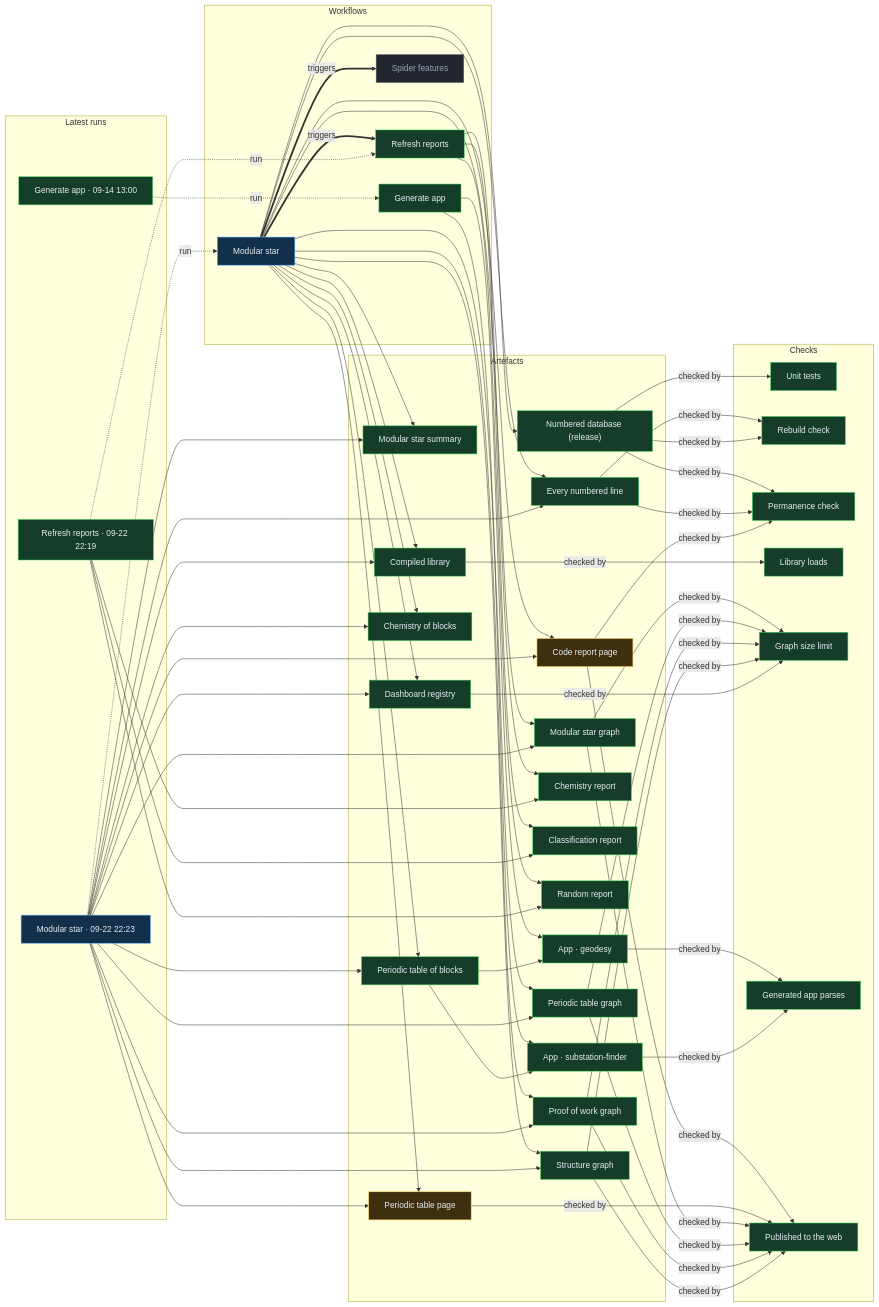
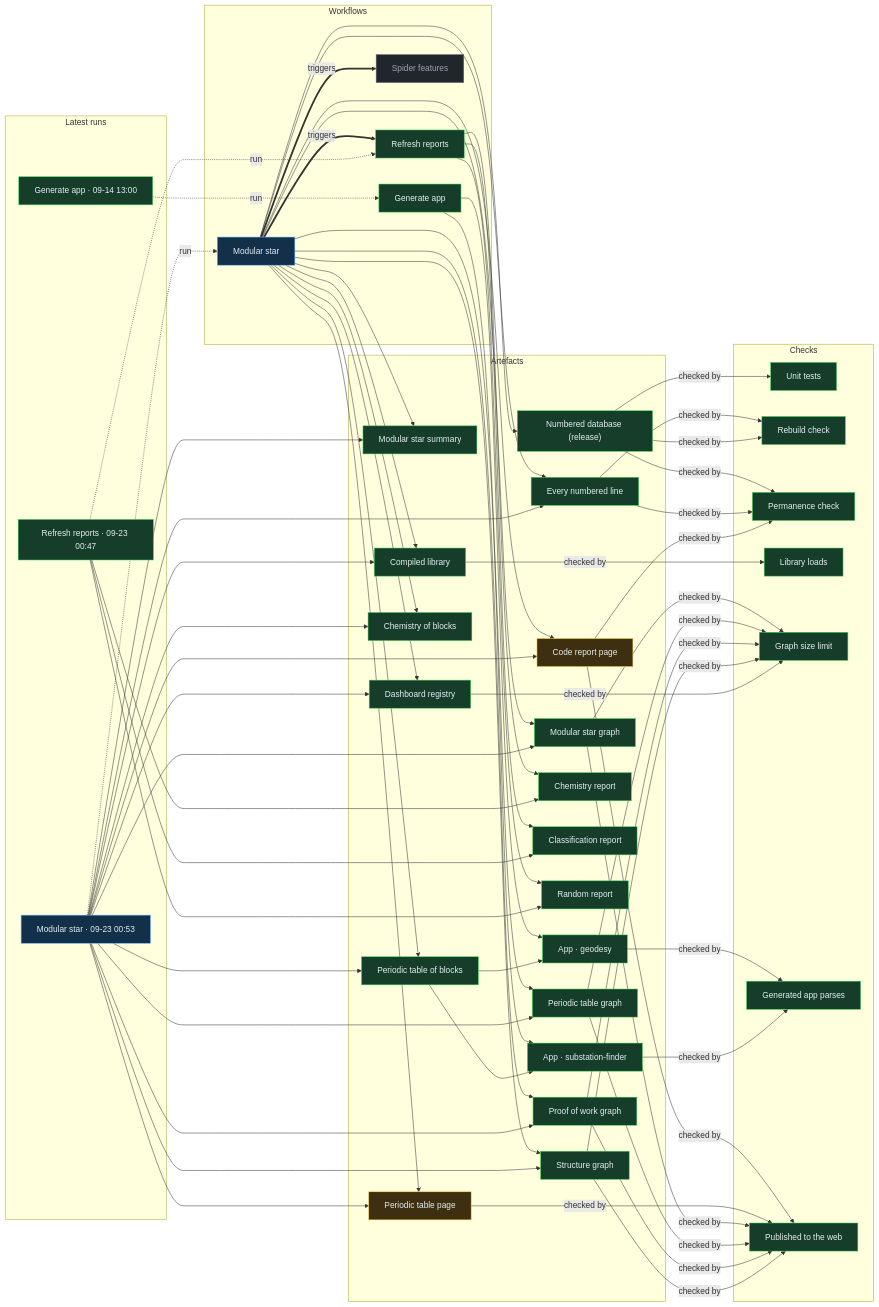
Before and after one commit to Ventusltd/stars: the diagram in proof/PROOF.md, drawn with Mermaid. The commit also changed other lines of this file and 32 other files, not shown here.

Commit message:
Modular star 2026-09-23T00:56Z

```diff
--- a/proof/PROOF.md
+++ b/proof/PROOF.md
@@ -24,8 +24,8 @@
   n_wf_spider_features["Spider features"]:::off
   end
   subgraph g_runs["Latest runs"]
-  n_run_35792142480["Modular star · 09-22 22:23"]:::live
-  n_run_35791770306["Refresh reports · 09-22 22:19"]:::ok
+  n_run_35804022346["Modular star · 09-23 00:53"]:::live
+  n_run_35803568972["Refresh reports · 09-23 00:47"]:::ok
   n_run_34846587798["Generate app · 09-14 13:00"]:::ok
   end
   subgraph g_artefacts["Artefacts"]
@@ -59,39 +59,39 @@
   end
   n_wf_modular_star == triggers ==> n_wf_refresh
   n_wf_modular_star == triggers ==> n_wf_spider_features
-  n_run_35792142480 -. run .-> n_wf_modular_star
-  n_run_35791770306 -. run .-> n_wf_refresh
+  n_run_35804022346 -. run .-> n_wf_modular_star
+  n_run_35803568972 -. run .-> n_wf_refresh
   n_run_34846587798 -. run .-> n_wf_generate
   n_wf_modular_star --> n_art_summary
-  n_run_35792142480 --> n_art_summary
+  n_run_35804022346 --> n_art_summary
   n_wf_modular_star --> n_art_lines
-  n_run_35792142480 --> n_art_lines
+  n_run_35804022346 --> n_art_lines
   n_wf_modular_star --> n_art_code
-  n_run_35792142480 --> n_art_code
+  n_run_35804022346 --> n_art_code
   n_wf_modular_star --> n_art_modular_graph
-  n_run_35792142480 --> n_art_modular_graph
+  n_run_35804022346 --> n_art_modular_graph
   n_wf_modular_star --> n_art_blocks
-  n_run_35792142480 --> n_art_blocks
+  n_run_35804022346 --> n_art_blocks
   n_wf_modular_star --> n_art_table
-  n_run_35792142480 --> n_art_table
+  n_run_35804022346 --> n_art_table
   n_wf_modular_star --> n_art_blocks_graph
-  n_run_35792142480 --> n_art_blocks_graph
+  n_run_35804022346 --> n_art_blocks_graph
   n_wf_modular_star --> n_art_reactions
-  n_run_35792142480 --> n_art_reactions
+  n_run_35804022346 --> n_art_reactions
   n_wf_modular_star --> n_art_library
-  n_run_35792142480 --> n_art_library
+  n_run_35804022346 --> n_art_library
   n_wf_modular_star --> n_art_features
-  n_run_35792142480 --> n_art_features
+  n_run_35804022346 --> n_art_features
   n_wf_modular_star --> n_art_proof
-  n_run_35792142480 --> n_art_proof
+  n_run_35804022346 --> n_art_proof
   n_wf_modular_star --> n_art_structure
-  n_run_35792142480 --> n_art_structure
+  n_run_35804022346 --> n_art_structure
   n_wf_refresh --> n_art_chemistry
-  n_run_35791770306 --> n_art_chemistry
+  n_run_35803568972 --> n_art_chemistry
   n_wf_refresh --> n_art_vedic
-  n_run_35791770306 --> n_art_vedic
+  n_run_35803568972 --> n_art_vedic
   n_wf_refresh --> n_art_random
-  n_run_35791770306 --> n_art_random
+  n_run_35803568972 --> n_art_random
   n_wf_modular_star --> n_art_release
   n_wf_generate --> n_app_geodesy
   n_art_blocks --> n_app_geodesy
```
